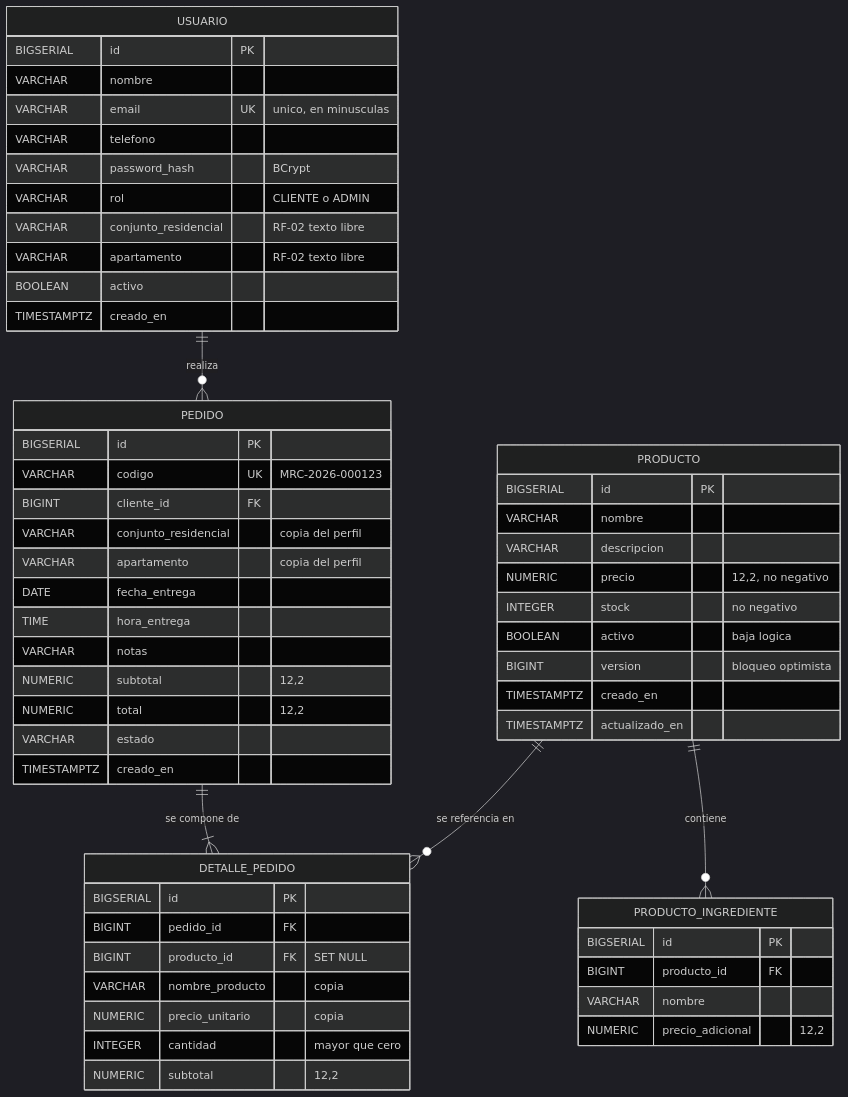
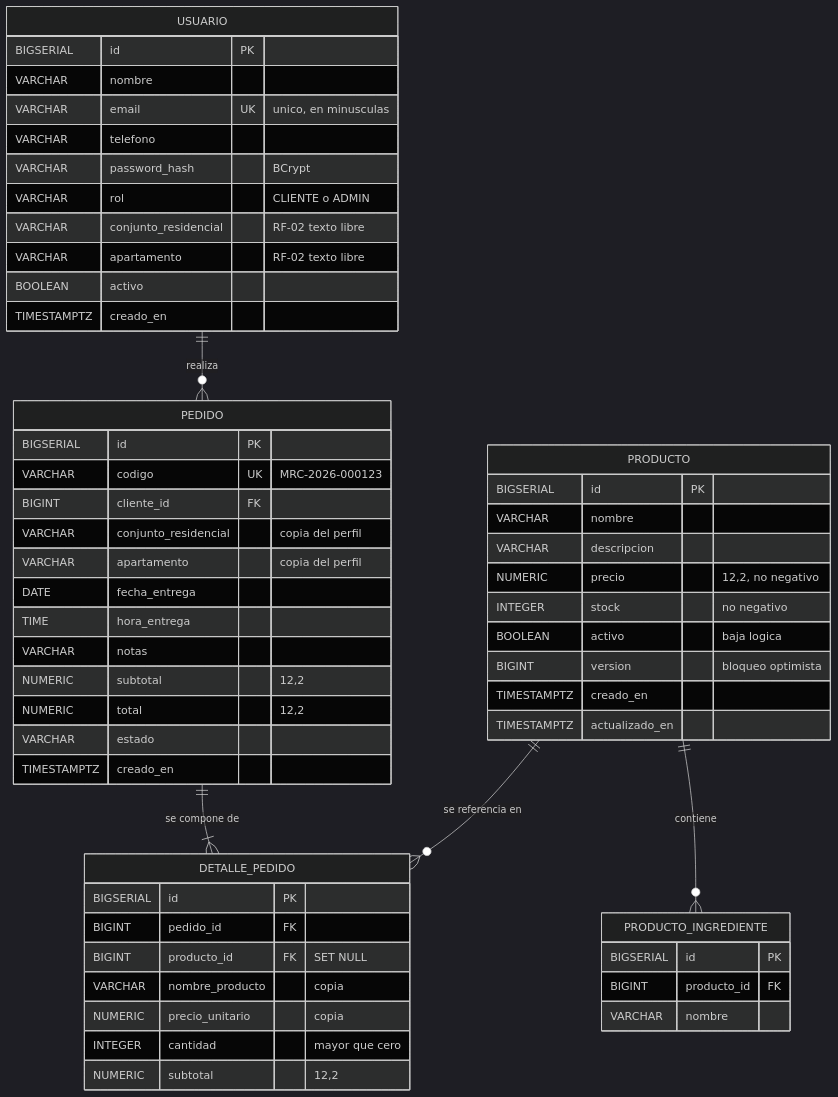
The diagram in docs/modelo-datos.md (DiegoBarbosaDeveloper/MrCatFood), drawn with Mermaid (dark theme) before and after one commit. The commit also changed other lines of this file and 5 other files, not shown here.

````diff
--- a/docs/modelo-datos.md
+++ b/docs/modelo-datos.md
@@ -21,64 +21,63 @@
 ```mermaid
 erDiagram
     USUARIO ||--o{ PEDIDO : "realiza"
     PEDIDO ||--|{ DETALLE_PEDIDO : "se compone de"
     PRODUCTO ||--o{ DETALLE_PEDIDO : "se referencia en"
     PRODUCTO ||--o{ PRODUCTO_INGREDIENTE : "contiene"
 
     USUARIO {
         BIGSERIAL   id PK
         VARCHAR     nombre
         VARCHAR     email UK "unico, en minusculas"
         VARCHAR     telefono
         VARCHAR     password_hash "BCrypt"
         VARCHAR     rol "CLIENTE o ADMIN"
         VARCHAR     conjunto_residencial "RF-02 texto libre"
         VARCHAR     apartamento "RF-02 texto libre"
         BOOLEAN     activo
         TIMESTAMPTZ creado_en
     }
 
     PRODUCTO {
         BIGSERIAL   id PK
         VARCHAR     nombre
         VARCHAR     descripcion
         NUMERIC     precio "12,2, no negativo"
         INTEGER     stock "no negativo"
         BOOLEAN     activo "baja logica"
         BIGINT      version "bloqueo optimista"
         TIMESTAMPTZ creado_en
         TIMESTAMPTZ actualizado_en
     }
 
     PRODUCTO_INGREDIENTE {
         BIGSERIAL id PK
         BIGINT    producto_id FK
         VARCHAR   nombre
-        NUMERIC   precio_adicional "12,2"
     }
 
     PEDIDO {
         BIGSERIAL   id PK
         VARCHAR     codigo UK "MRC-2026-000123"
         BIGINT      cliente_id FK
         VARCHAR     conjunto_residencial "copia del perfil"
         VARCHAR     apartamento "copia del perfil"
         DATE        fecha_entrega
         TIME        hora_entrega
         VARCHAR     notas
         NUMERIC     subtotal "12,2"
         NUMERIC     total "12,2"
         VARCHAR     estado
         TIMESTAMPTZ creado_en
     }
 
     DETALLE_PEDIDO {
         BIGSERIAL id PK
         BIGINT    pedido_id FK
         BIGINT    producto_id FK "SET NULL"
         VARCHAR   nombre_producto "copia"
         NUMERIC   precio_unitario "copia"
         INTEGER   cantidad "mayor que cero"
         NUMERIC   subtotal "12,2"
     }
 ```
````
